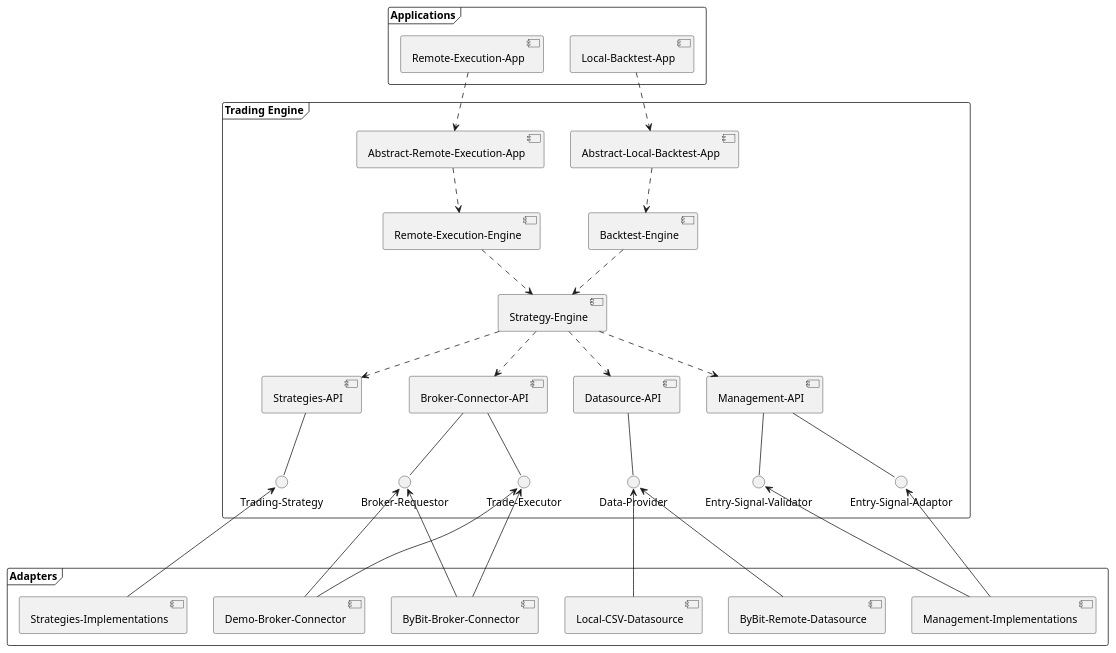
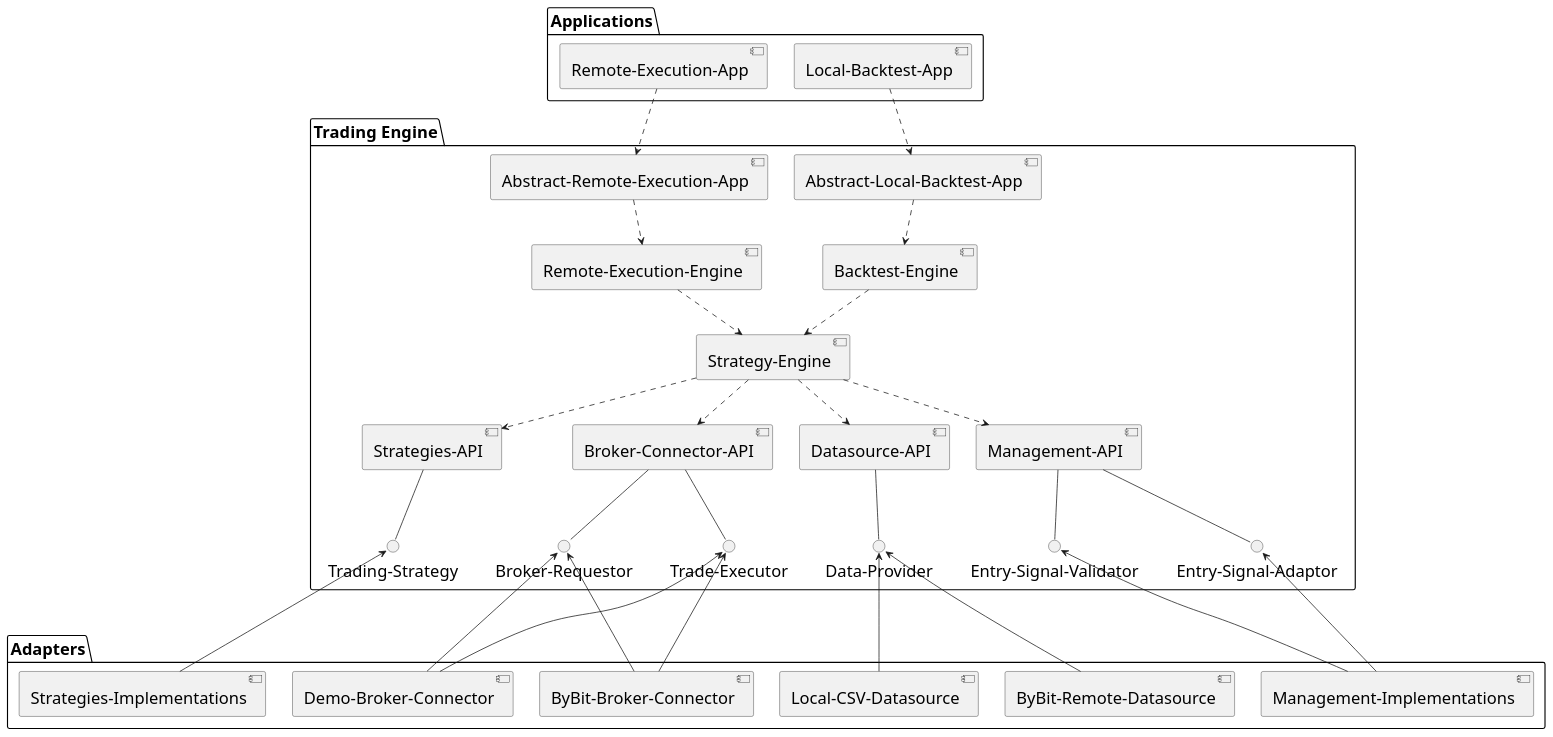
The diagram in diagramms/trading-engine-components.puml (becker-freelancing/trading-strategies-implementations), drawn with PlantUML before and after one commit. The commit also changed 16 other files, not shown here.

```diff
--- a/diagramms/trading-engine-components.puml
+++ b/diagramms/trading-engine-components.puml
@@ -1,65 +1,69 @@
 @startuml
 'https://plantuml.com/component-diagram
+skinparam ComponentFontSize 22
+skinparam InterfaceFontSize 22
+skinparam NoteFontSize 22
+skinparam PackageFontSize 22
 
 
-frame "Trading Engine" {
+package "Trading Engine" {
     () "Data-Provider"
     () "Trading-Strategy"
     () "Broker-Requestor"
     () "Trade-Executor"
     () "Entry-Signal-Adaptor"
     () "Entry-Signal-Validator"
 
     [Strategy-Engine]
     "Data-Provider" -up- [Datasource-API]
     "Trading-Strategy" -up- [Strategies-API]
 
     [Broker-Connector-API]
     "Broker-Requestor" -up- [Broker-Connector-API]
     "Trade-Executor" -up- [Broker-Connector-API]
 
     [Management-API]
     "Entry-Signal-Adaptor" -up- [Management-API]
     "Entry-Signal-Validator" -up- [Management-API]
 
     [Backtest-Engine] ..> [Strategy-Engine]
     [Remote-Execution-Engine] ..> [Strategy-Engine]
     [Abstract-Local-Backtest-App] ..> [Backtest-Engine]
     [Abstract-Remote-Execution-App] ..> [Remote-Execution-Engine]
 }
 
-frame "Applications" {
+package "Applications" {
     [Local-Backtest-App] ..> [Abstract-Local-Backtest-App]
     [Remote-Execution-App] ..> [Abstract-Remote-Execution-App]
 }
 
-frame "Adapters"{
+package "Adapters"{
     [Local-CSV-Datasource]
     [ByBit-Remote-Datasource]
     [Strategies-Implementations]
     [Demo-Broker-Connector]
     [ByBit-Broker-Connector]
     [Management-Implementations]
 }
 
 
 [Strategy-Engine] ..> [Datasource-API]
 [Strategy-Engine] ..> [Strategies-API]
 [Strategy-Engine] ..> [Broker-Connector-API]
 [Strategy-Engine] ..> [Management-API]
 
 
 
 [Management-Implementations] -up--> "Entry-Signal-Adaptor"
 [Management-Implementations] -up--> "Entry-Signal-Validator"
 
 [Local-CSV-Datasource] -up--> "Data-Provider"
 [ByBit-Remote-Datasource] -up--> "Data-Provider"
 
 [ByBit-Broker-Connector] -up--> "Trade-Executor"
 [ByBit-Broker-Connector] -up--> "Broker-Requestor"
 [Demo-Broker-Connector] -up--> "Trade-Executor"
 [Demo-Broker-Connector] -up--> "Broker-Requestor"
 
 [Strategies-Implementations] -up--> "Trading-Strategy"
 @enduml
```
